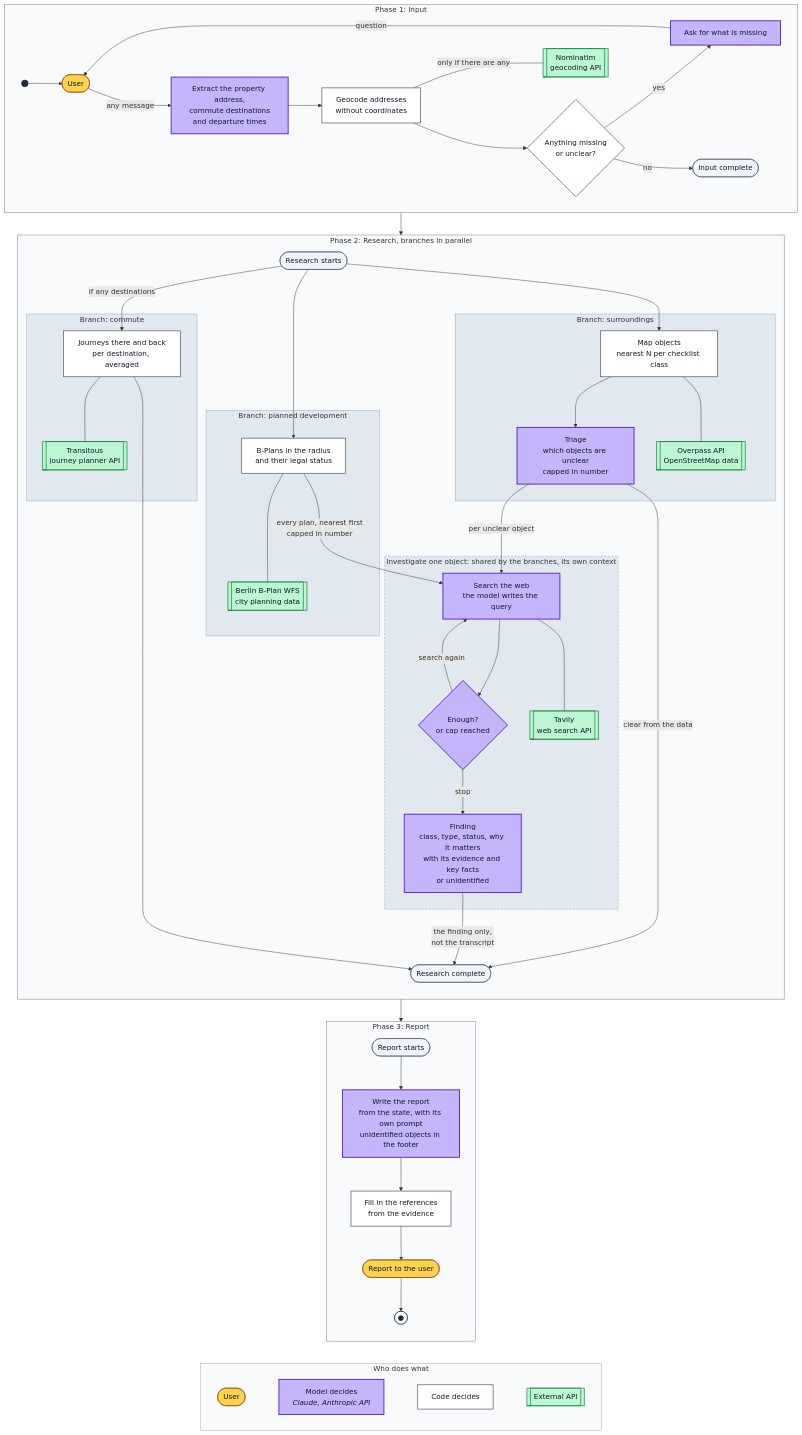
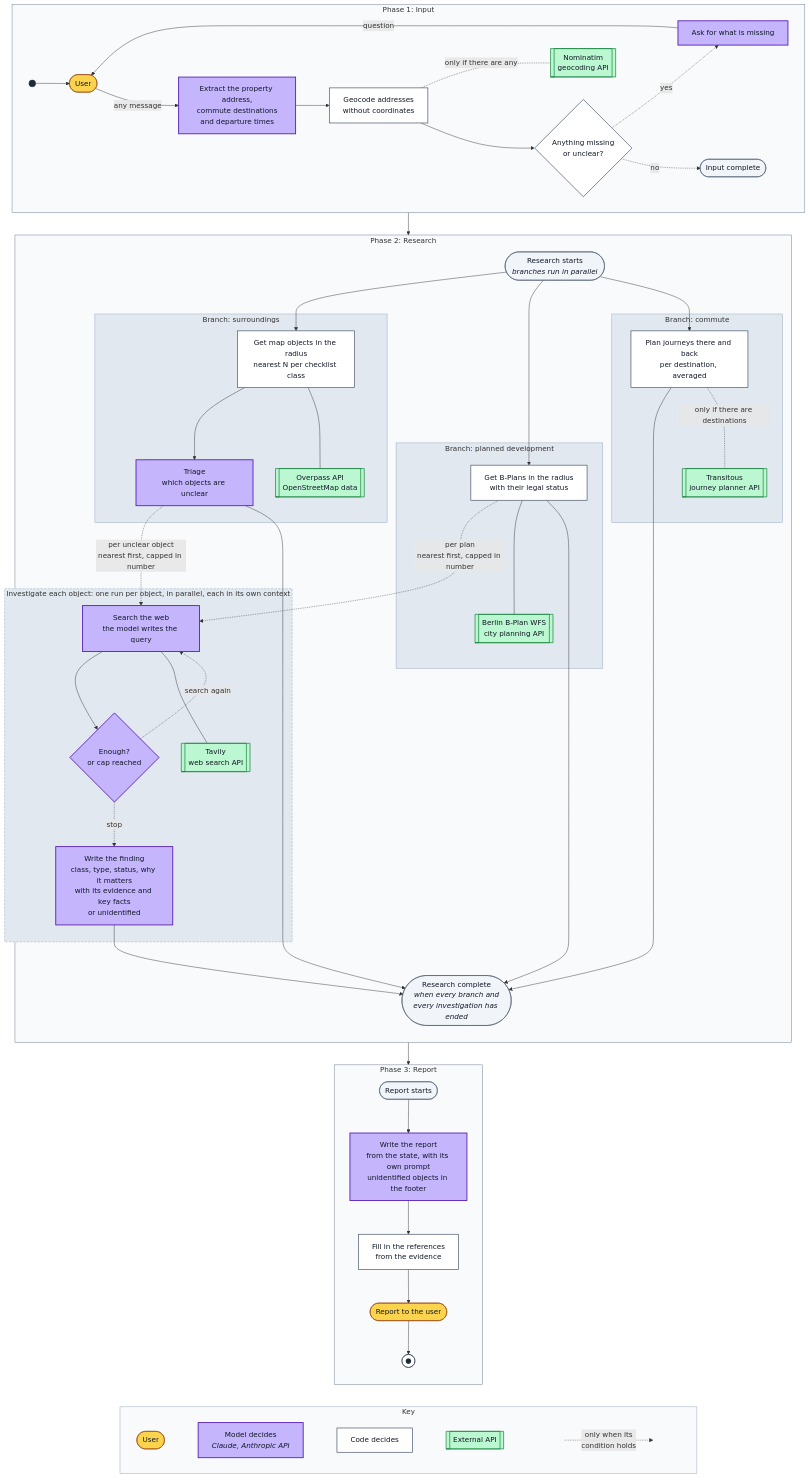
Before and after one commit to avashchenkov/out-of-frame: the first of 2 diagrams in docs/architecture.md, drawn with Mermaid. The commit also changed other lines of this file, not shown here.

Commit message:
docs: make every branch reach the join and name steps as actions

```diff
--- a/docs/architecture.md
+++ b/docs/architecture.md
@@ -20,52 +20,53 @@
         U -->|"any message"| M
         M --> G
         G --> C
-        G ---|"only if there are any"| NOM
-        C -->|"yes"| A
+        G -.-|"only if there are any"| NOM
+        C -.->|"yes"| A
         A -->|"question"| U
-        C -->|"no"| DONE
+        C -.->|"no"| DONE
     end
 
-    subgraph RESEARCH["Phase 2: Research, branches in parallel"]
+    subgraph RESEARCH["Phase 2: Research"]
         direction TB
-        J(["Research starts"]):::milestone
+        J(["Research starts<br/><i>branches run in parallel</i>"]):::milestone
         subgraph SUR["Branch: surroundings"]
-            OV["Map objects<br/>nearest N per checklist class"]:::code
+            OV["Get map objects in the radius<br/>nearest N per checklist class"]:::code
             OVP[["Overpass API<br/>OpenStreetMap data"]]:::ext
-            T["Triage<br/>which objects are unclear<br/>capped in number"]:::model
+            T["Triage<br/>which objects are unclear"]:::model
         end
         subgraph PLN["Branch: planned development"]
-            PL["B-Plans in the radius<br/>and their legal status"]:::code
-            WFS[["Berlin B-Plan WFS<br/>city planning data"]]:::ext
+            PL["Get B-Plans in the radius<br/>with their legal status"]:::code
+            WFS[["Berlin B-Plan WFS<br/>city planning API"]]:::ext
         end
         subgraph COM["Branch: commute"]
-            TR["Journeys there and back<br/>per destination, averaged"]:::code
+            TR["Plan journeys there and back<br/>per destination, averaged"]:::code
             TRA[["Transitous<br/>journey planner API"]]:::ext
         end
-        subgraph INV["Investigate one object: shared by the branches, its own context"]
+        subgraph INV["Investigate each object: one run per object, in parallel, each in its own context"]
             S["Search the web<br/>the model writes the query"]:::model
             TAV[["Tavily<br/>web search API"]]:::ext
             D{"Enough?<br/>or cap reached"}:::model
-            F["Finding<br/>class, type, status, why it matters<br/>with its evidence and key facts<br/>or unidentified"]:::model
+            F["Write the finding<br/>class, type, status, why it matters<br/>with its evidence and key facts<br/>or unidentified"]:::model
         end
-        JN(["Research complete"]):::milestone
+        JN(["Research complete<br/><i>when every branch and<br/>every investigation has ended</i>"]):::milestone
         J --> OV
         J --> PL
-        J -->|"if any destinations"| TR
+        J --> TR
         OV --> T
         OV --- OVP
-        T -->|"per unclear object"| S
-        PL -->|"every plan, nearest first<br/>capped in number"| S
+        T -.->|"per unclear object<br/>nearest first, capped in number"| S
+        PL -.->|"per plan<br/>nearest first, capped in number"| S
         PL --- WFS
         S --> D
         S --- TAV
-        D -->|"search again"| S
-        D -->|"stop"| F
-        T -->|"clear from the data"| JN
-        F -->|"the finding only,<br/>not the transcript"| JN
+        D -.->|"search again"| S
+        D -.->|"stop"| F
+        T --> JN
+        PL --> JN
+        F --> JN
         TR --> JN
         TR ~~~ PL
-        TR --- TRA
+        TR -.-|"only if there are destinations"| TRA
     end
 
     subgraph REPORT["Phase 3: Report"]
@@ -81,13 +82,14 @@
     INPUT --> RESEARCH
     RESEARCH --> REPORT
 
-    subgraph KEY["Who does what"]
+    subgraph KEY["Key"]
         direction LR
         k1(["User"]):::human
         k2["Model decides<br/><i>Claude, Anthropic API</i>"]:::model
         k3["Code decides"]:::code
         k5[["External API"]]:::ext
-        k1 ~~~ k2 ~~~ k3 ~~~ k5
+        k6[" "]:::keyedge -.->|"only when its<br/>condition holds"| k7[" "]:::keyedge
+        k1 ~~~ k2 ~~~ k3 ~~~ k5 ~~~ k6
     end
     REPORT ~~~ KEY
 
@@ -98,6 +100,7 @@
     classDef milestone fill:#f1f5f9,stroke:#475569,color:#111827
     classDef start fill:#1f2937,stroke:#1f2937,color:#1f2937
     classDef stop fill:#ffffff,stroke:#1f2937,stroke-width:2px,color:#1f2937
+    classDef keyedge fill:none,stroke:none
     style INPUT fill:#f8fafc,stroke:#64748b
     style RESEARCH fill:#f8fafc,stroke:#64748b
     style REPORT fill:#f8fafc,stroke:#64748b
```
